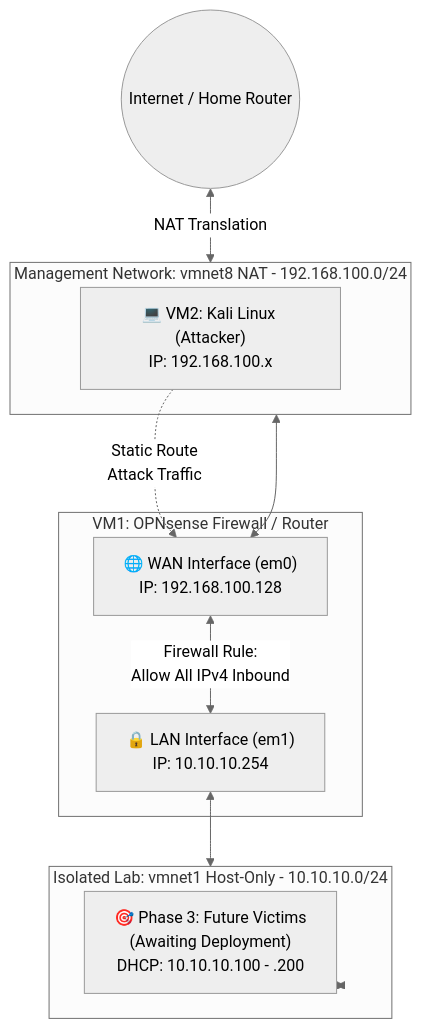
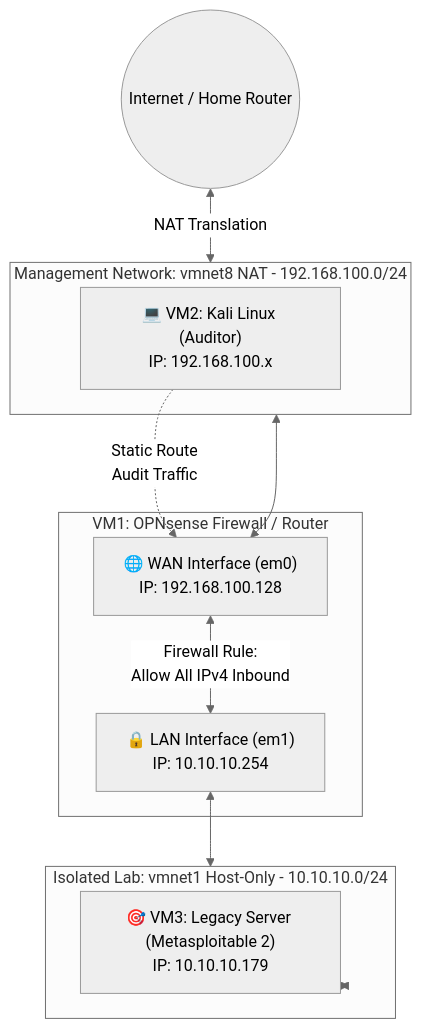
The diagram in 03_cs_home_lab/README.md (fcarujo/cs_learning), drawn with Mermaid (neutral theme) before and after one commit. The commit also changed other lines of this file, not shown here.

````diff
--- a/03_cs_home_lab/README.md
+++ b/03_cs_home_lab/README.md
@@ -11,30 +15,30 @@
 ```mermaid
 flowchart TD
     %% Define the Internet connection
     Internet((Internet / Home Router))
 
     %% Define the Management Network (vmnet8)
     subgraph vmnet8 [Management Network: vmnet8 NAT - 192.168.100.0/24]
-        Kali["💻 VM2: Kali Linux (Attacker)<br>IP: 192.168.100.x"]
+        Kali["💻 VM2: Kali Linux (Auditor)<br>IP: 192.168.100.x"]
     end
 
     %% Define the Firewall (VM1)
     subgraph OPNsense [VM1: OPNsense Firewall / Router]
         WAN["🌐 WAN Interface (em0)<br>IP: 192.168.100.128"]
         LAN["🔒 LAN Interface (em1)<br>IP: 10.10.10.254"]
         
         WAN <-->|"Firewall Rule:<br>Allow All IPv4 Inbound"| LAN
     end
 
     %% Define the Isolated Lab Network (vmnet1)
     subgraph vmnet1 [Isolated Lab: vmnet1 Host-Only - 10.10.10.0/24]
-        Victims["🎯 Phase 3: Future Victims<br>(Awaiting Deployment)<br>DHCP: 10.10.10.100 - .200"]
+        Victims["🎯 VM3: Legacy Server (Metasploitable 2)<br>IP: 10.10.10.179"]
     end
 
     %% Map the connections
     Internet <-->|"NAT Translation"| vmnet8
     vmnet8 <--> WAN
-    Kali -.->|"Static Route<br>Attack Traffic"| WAN
+    Kali -.->|"Static Route<br>Audit Traffic"| WAN
     LAN <--> vmnet1
     vmnet1 <--> Victims
 ```
````
